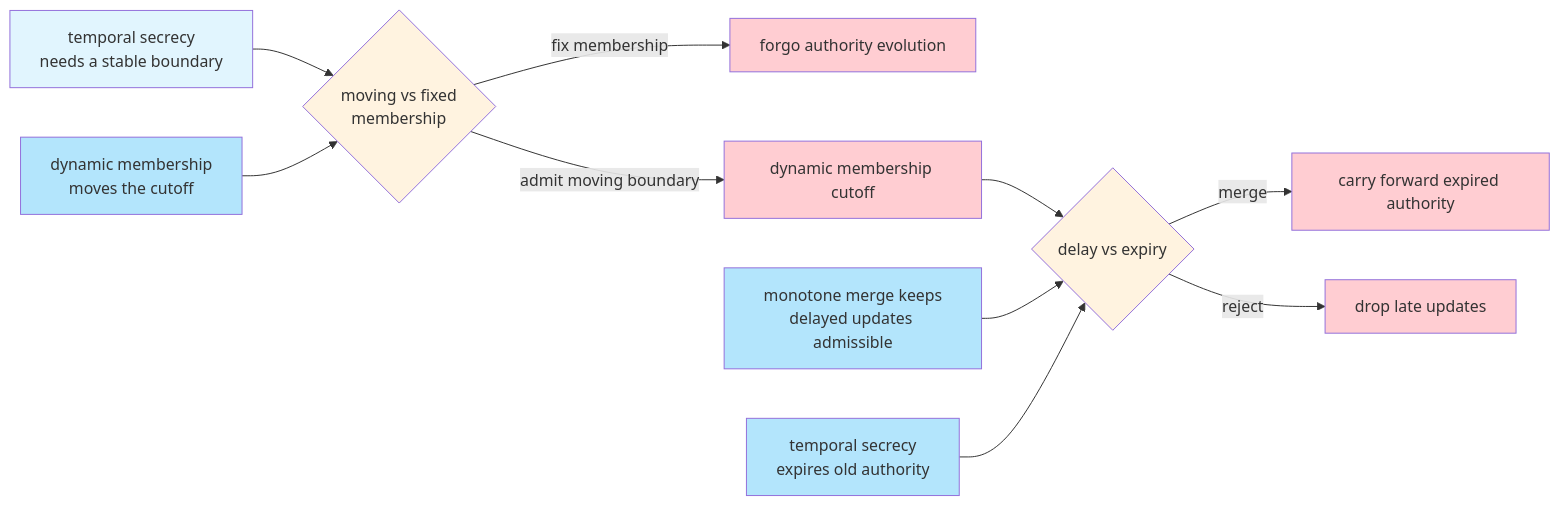
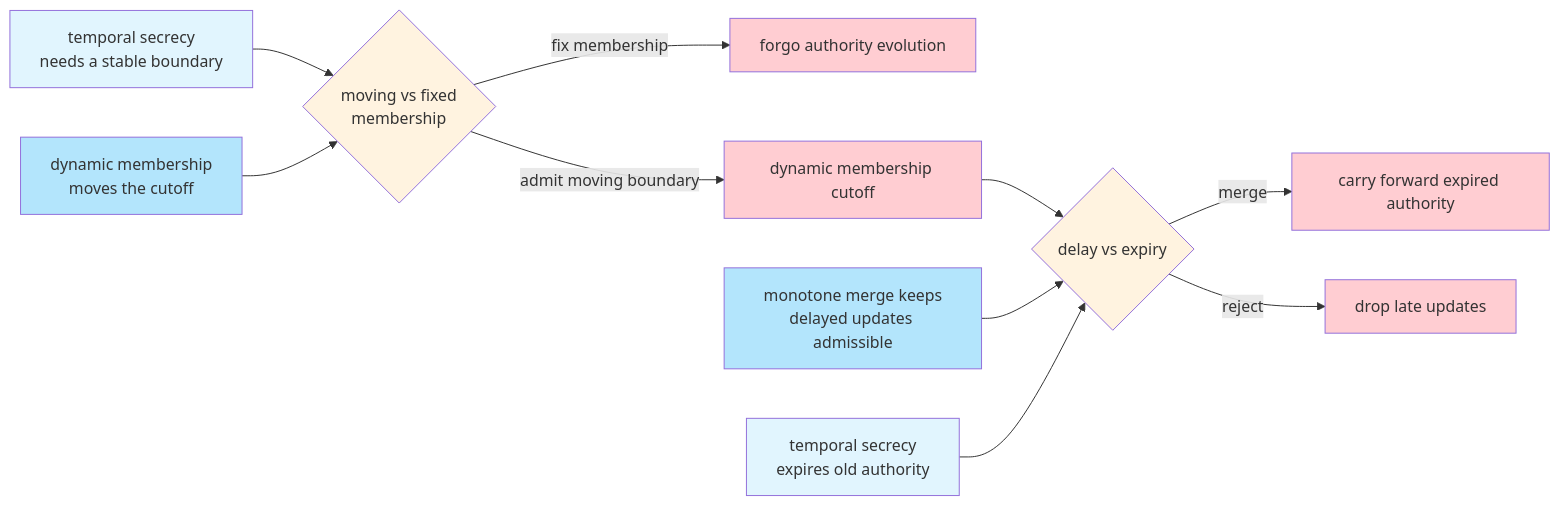
The third of 3 diagrams in content/post/07-triangle-of-forgetting.md (hxrts/weboftru.st), drawn with Mermaid before and after one commit.

Commit message:
content: lighten T node fill in triangle-of-forgetting diagram

````diff
--- a/content/post/07-triangle-of-forgetting.md
+++ b/content/post/07-triangle-of-forgetting.md
@@ -112,24 +112,24 @@
 ```mermaid
 flowchart LR
     D[temporal secrecy<br/>needs a stable boundary] --> Q1
     S[dynamic membership<br/>moves the cutoff] --> Q1{moving vs fixed<br/>membership}
     Q1 -->|fix membership| W[forgo authority evolution]
     Q1 -->|admit moving boundary| C[dynamic membership cutoff]
     Q1 --- Q2
     C --> Q2{delay vs expiry}
     M[monotone merge keeps<br/>delayed updates admissible] --> Q2
     T[temporal secrecy<br/>expires old authority] --> Q2
     Q2 -->|merge| U[carry forward expired authority]
     Q2 -->|reject| V[drop late updates]
     linkStyle 4 stroke:transparent,fill:none
     style D fill:#e1f5fe
     style S fill:#b3e5fc
     style Q1 fill:#fff3e0
     style C fill:#ffcdd2
     style M fill:#b3e5fc
-    style T fill:#b3e5fc
+    style T fill:#e1f5fe
     style Q2 fill:#fff3e0
     style W fill:#ffcdd2
     style U fill:#ffcdd2
     style V fill:#ffcdd2
 ```
````
